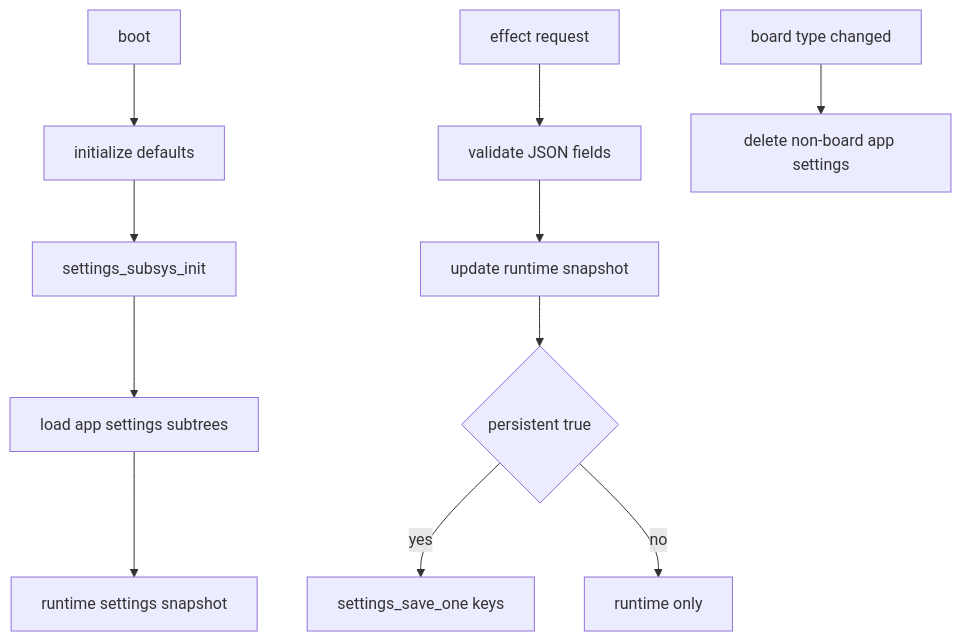
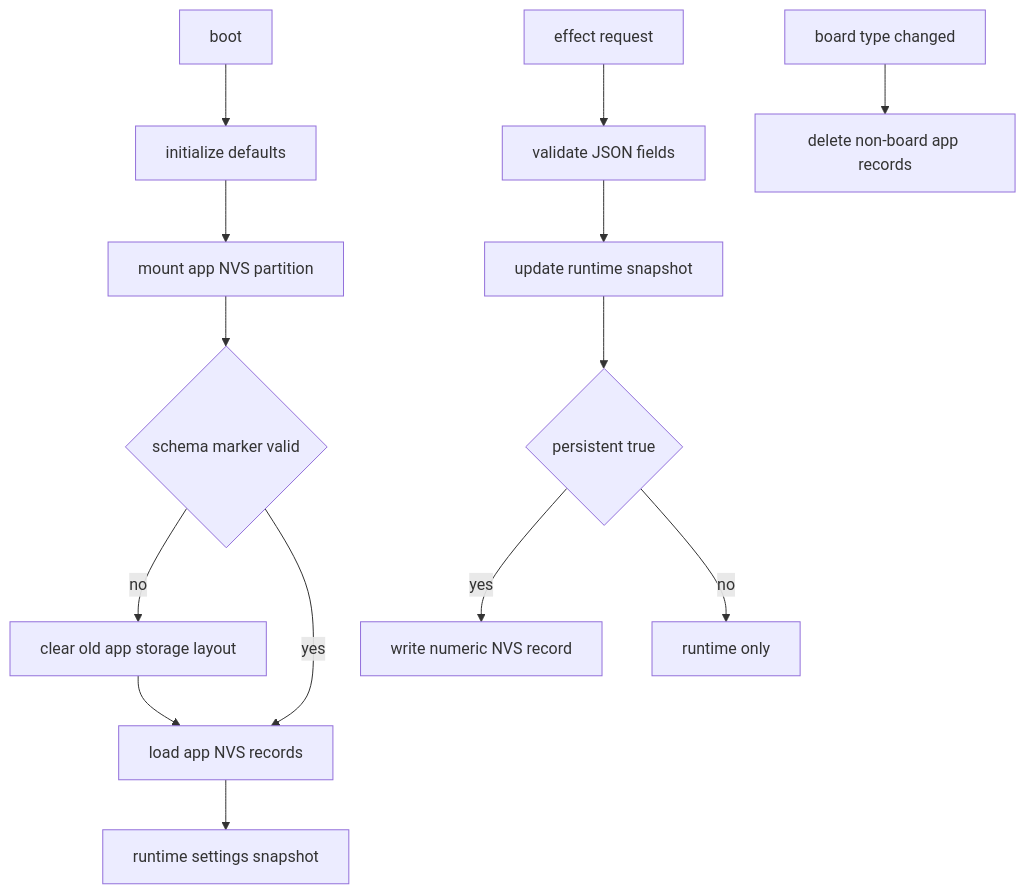
Diagram 14 of 22 in doc/diagrams.md (COO-Utilities/hispec-tib), drawn with Mermaid before and after one commit. The commit also changed 8 other files, not shown here.

First line of the commit message:
Switch app settings persistence from Zephyr string-based settings API to direct NVS-based implementation.

````diff
--- a/doc/diagrams.md
+++ b/doc/diagrams.md
@@ -286,13 +286,16 @@
 ```mermaid
 flowchart TD
   Boot[boot] --> Defaults[initialize defaults]
-  Defaults --> Subsys[settings_subsys_init]
-  Subsys --> Load[load app settings subtrees]
+  Defaults --> Mount[mount app NVS partition]
+  Mount --> Schema{schema marker valid}
+  Schema -- no --> Clear[clear old app storage layout]
+  Schema -- yes --> Load[load app NVS records]
+  Clear --> Load
   Load --> Runtime[runtime settings snapshot]
   Command[effect request] --> Parse[validate JSON fields]
   Parse --> Update[update runtime snapshot]
   Update --> Persist{persistent true}
-  Persist -- yes --> Save[settings_save_one keys]
+  Persist -- yes --> Save[write numeric NVS record]
   Persist -- no --> Volatile[runtime only]
-  BoardChange[board type changed] --> Clear[delete non-board app settings]
+  BoardChange[board type changed] --> BoardClear[delete non-board app records]
 ```
````
